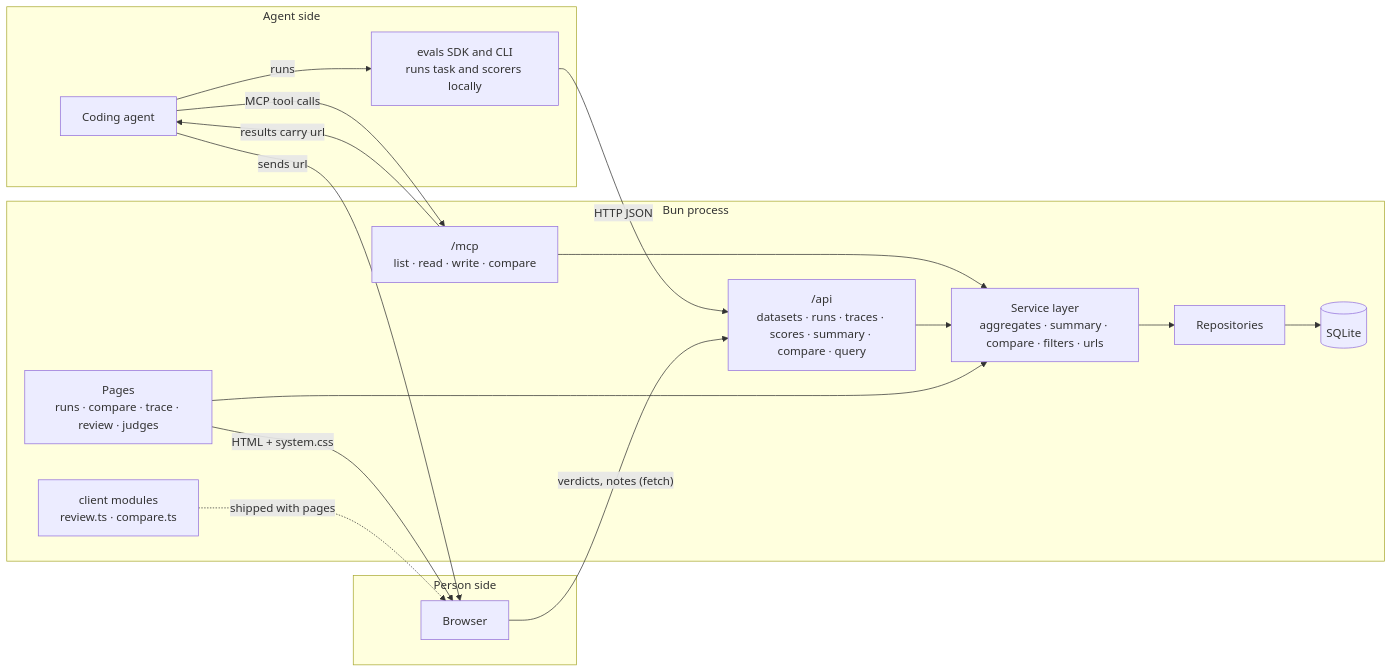
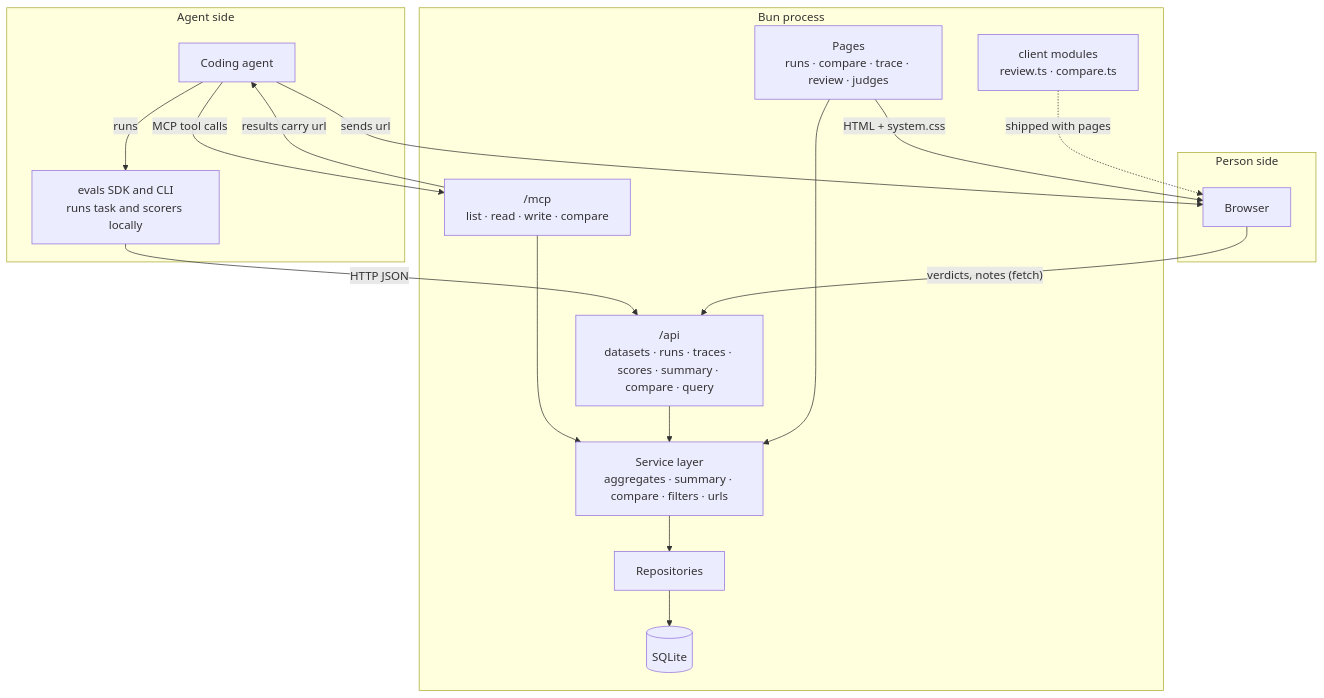
The first of 2 diagrams in docs/plans/2026-09-06-feature-eval-tool-skeleton.md (itsmeterrylin/spotter), drawn with Mermaid before and after one commit. The commit also changed other lines of this file and 5 other files, not shown here.

First line of the commit message:
docs(plan): zoomable diagrams, top-to-bottom architecture, Docker distribution section

````diff
--- a/docs/plans/2026-09-06-feature-eval-tool-skeleton.md
+++ b/docs/plans/2026-09-06-feature-eval-tool-skeleton.md
@@ -53,31 +53,31 @@
 ```mermaid
-flowchart LR
+flowchart TB
   subgraph Agent side
     A[Coding agent]
     SDK[evals SDK and CLI<br/>runs task and scorers locally]
   end
   subgraph Person side
     B[Browser]
   end
   subgraph Bun process
     MCP["/mcp<br/>list · read · write · compare"]
     REST["/api<br/>datasets · runs · traces · scores · summary · compare · query"]
     PAGES["Pages<br/>runs · compare · trace · review · judges"]
     CLIENT["client modules<br/>review.ts · compare.ts"]
     SVC[Service layer<br/>aggregates · summary · compare · filters · urls]
     REPO[Repositories]
     DB[(SQLite)]
   end
   A -- "MCP tool calls" --> MCP
   A -- "runs" --> SDK
   SDK -- "HTTP JSON" --> REST
   MCP --> SVC
   REST --> SVC
   PAGES --> SVC
   SVC --> REPO --> DB
   PAGES -- "HTML + system.css" --> B
   B -- "verdicts, notes (fetch)" --> REST
   CLIENT -. "shipped with pages" .-> B
   MCP -- "results carry url" --> A
   A -- "sends url" --> B
 ```
````
